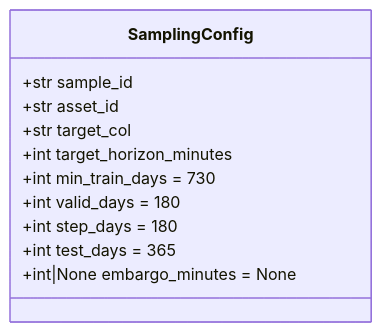
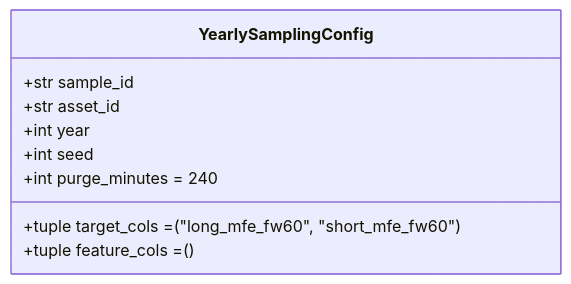
One commit to Nemesis14/chronoquant changed the diagram in _doc_/5100_sampling_config.md. Above: the diagram before and after it, drawn with Mermaid. The commit also changed other lines of this file and 267 other files, not shown here.

````diff
--- a/_doc_/5100_sampling_config.md
+++ b/_doc_/5100_sampling_config.md
@@ -10,14 +10,12 @@
 ```mermaid
 classDiagram
-  class SamplingConfig {
+  class YearlySamplingConfig {
     +str sample_id
     +str asset_id
-    +str target_col
-    +int target_horizon_minutes
-    +int min_train_days = 730
-    +int valid_days = 180
-    +int step_days = 180
-    +int test_days = 365
-    +int|None embargo_minutes = None
+    +int year
+    +int seed
+    +int purge_minutes = 240
+    +tuple target_cols = ("long_mfe_fw60", "short_mfe_fw60")
+    +tuple feature_cols = ()
   }
 ```
````
